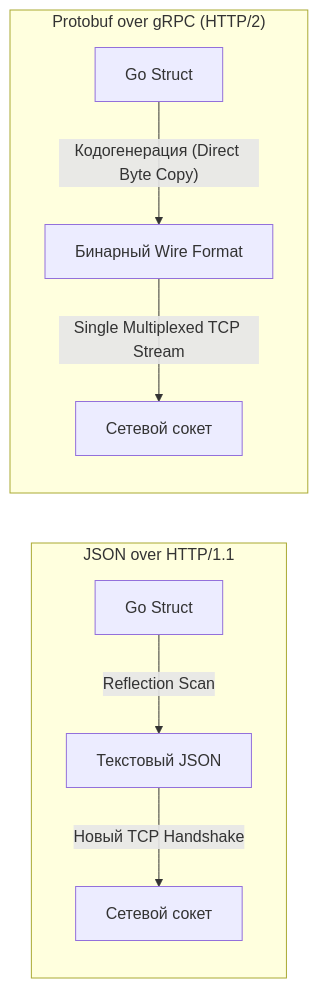
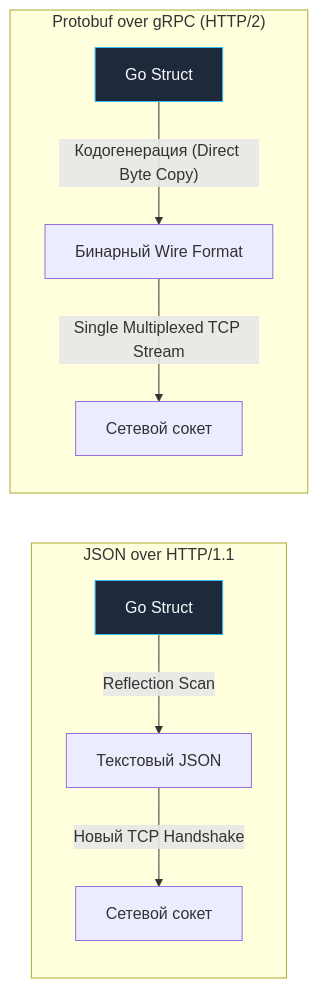
One commit to UnrealTemplier/go-textbook changed the second of 2 diagrams in sources/14. Распределенные системы на Go/04. Микросервисы/4. Service communication.md. Above: the diagram before and after it, drawn with Mermaid. The commit also changed other lines of this file and 1666 other files, not shown here.

First line of the commit message:
feat(mermaid): add semantic color classDef to 1369 colorless flowchart/graph diagrams

````diff
--- a/sources/14. Распределенные системы на Go/04. Микросервисы/4. Service communication.md
+++ b/sources/14. Распределенные системы на Go/04. Микросервисы/4. Service communication.md
@@ -41,14 +51,24 @@
 ```mermaid
 flowchart LR
+    classDef process  fill:#1e293b,stroke:#38bdf8,stroke-width:1px,color:#f8fafc
+    classDef success  fill:#064e3b,stroke:#34d399,stroke-width:1px,color:#f8fafc
+    classDef error    fill:#7f1d1d,stroke:#f87171,stroke-width:1px,color:#f8fafc
+    classDef warning  fill:#78350f,stroke:#fbbf24,stroke-width:1px,color:#f8fafc
+    classDef entry    fill:#1e3a5f,stroke:#38bdf8,stroke-width:2px,color:#f8fafc
+    classDef aux      fill:#334155,stroke:#64748b,stroke-width:1px,color:#f8fafc
+    classDef system   fill:#312e81,stroke:#a78bfa,stroke-width:1px,color:#f8fafc
+    classDef data     fill:#132d29,stroke:#2dd4bf,stroke-width:1px,color:#f8fafc
+    classDef network  fill:#881337,stroke:#fb7185,stroke-width:1px,color:#f8fafc
+    classDef accent   fill:#1e1b4b,stroke:#818cf8,stroke-width:1px,color:#f8fafc
     subgraph JSON_HTTP["JSON over HTTP/1.1"]
         direction TB
-        J1["Go Struct"] -->|"Reflection Scan"| J2["Текстовый JSON"]
+        J1["Go Struct"]:::process -->|"Reflection Scan"| J2["Текстовый JSON"]
         J2 -->|"Новый TCP Handshake"| J3["Сетевой сокет"]
     end
 
     subgraph PROTO_GRPC["Protobuf over gRPC (HTTP/2)"]
         direction TB
-        P1["Go Struct"] -->|"Кодогенерация (Direct Byte Copy)"| P2["Бинарный Wire Format"]
+        P1["Go Struct"]:::process -->|"Кодогенерация (Direct Byte Copy)"| P2["Бинарный Wire Format"]
         P2 -->|"Single Multiplexed TCP Stream"| P3["Сетевой сокет"]
     end
 ```
````
